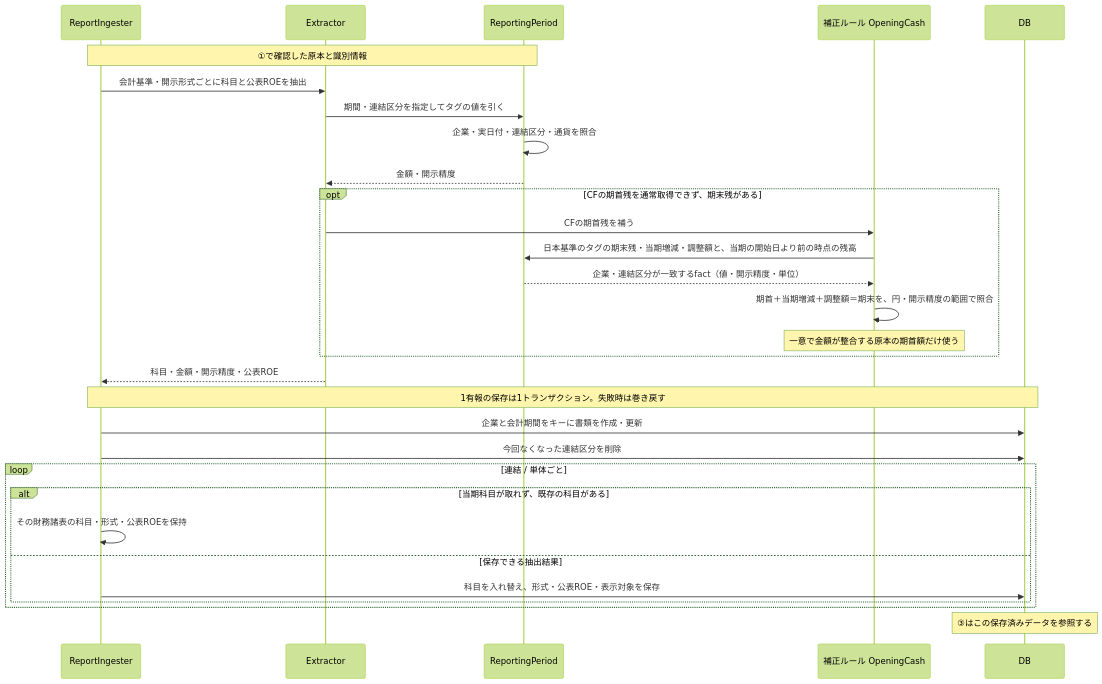
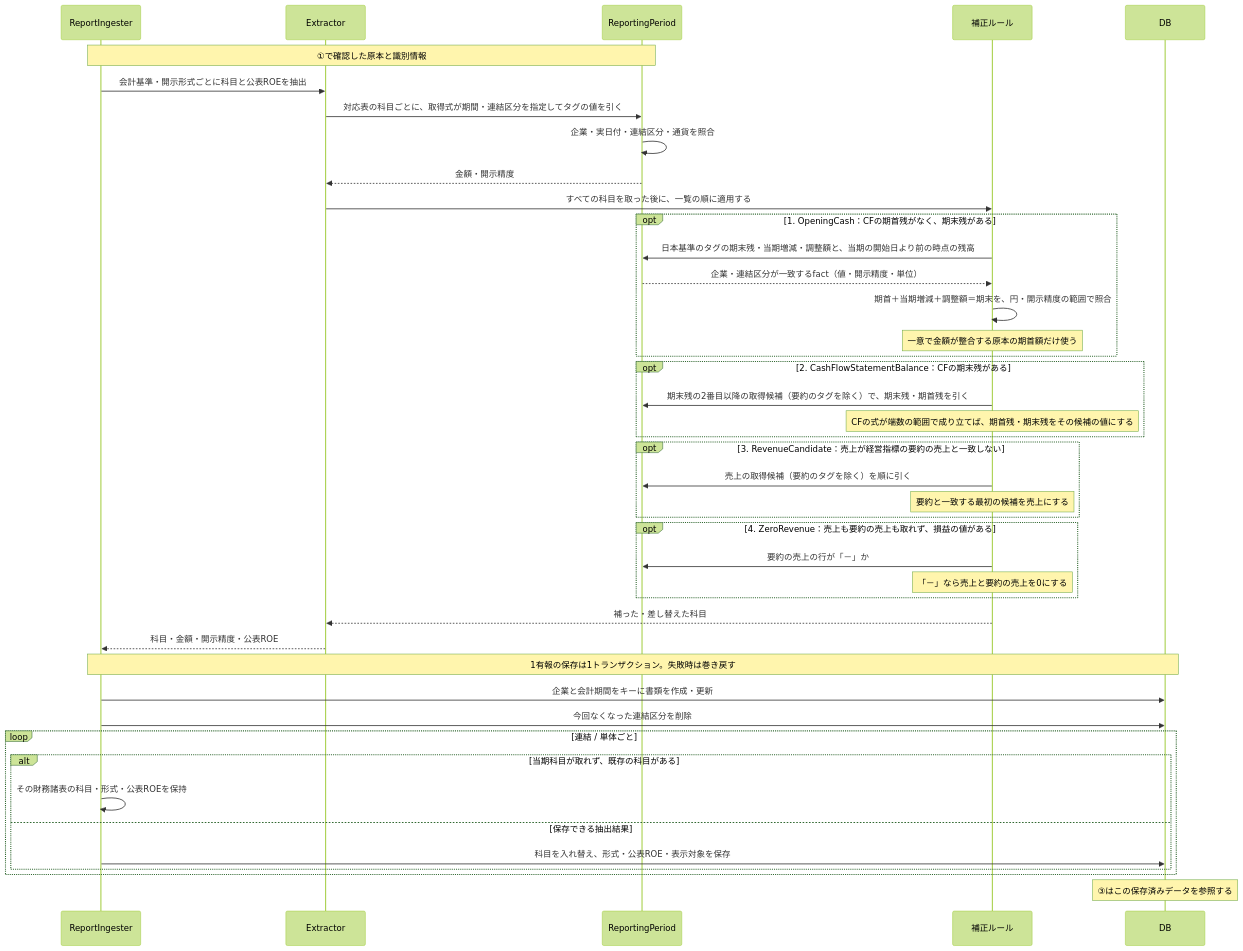
The third of 10 diagrams in docs/guide/03_data_flow.md (shin4488/financial-statement), drawn with Mermaid (forest theme) before and after one commit. The commit also changed other lines of this file and 30 other files, not shown here.

````diff
--- a/docs/guide/03_data_flow.md
+++ b/docs/guide/03_data_flow.md
@@ -91,32 +91,45 @@
 ```mermaid
 sequenceDiagram
     participant I as ReportIngester
     participant X as Extractor
     participant P as ReportingPeriod
-    participant A as 補正ルール OpeningCash
+    participant A as 補正ルール
     participant D as DB
     Note over I,P: ①で確認した原本と識別情報
     I->>X: 会計基準・開示形式ごとに科目と公表ROEを抽出
-    X->>P: 期間・連結区分を指定してタグの値を引く
+    X->>P: 対応表の科目ごとに、取得式が期間・連結区分を指定してタグの値を引く
     P->>P: 企業・実日付・連結区分・通貨を照合
     P-->>X: 金額・開示精度
-    opt CFの期首残を通常取得できず、期末残がある
-        X->>A: CFの期首残を補う
+    X->>A: すべての科目を取った後に、一覧の順に適用する
+    opt 1. OpeningCash：CFの期首残がなく、期末残がある
         A->>P: 日本基準のタグの期末残・当期増減・調整額と、当期の開始日より前の時点の残高
         P-->>A: 企業・連結区分が一致するfact（値・開示精度・単位）
         A->>A: 期首＋当期増減＋調整額＝期末を、円・開示精度の範囲で照合
         Note over A: 一意で金額が整合する原本の期首額だけ使う
     end
+    opt 2. CashFlowStatementBalance：CFの期末残がある
+        A->>P: 期末残の2番目以降の取得候補（要約のタグを除く）で、期末残・期首残を引く
+        Note over A: CFの式が端数の範囲で成り立てば、期首残・期末残をその候補の値にする
+    end
+    opt 3. RevenueCandidate：売上が経営指標の要約の売上と一致しない
+        A->>P: 売上の取得候補（要約のタグを除く）を順に引く
+        Note over A: 要約と一致する最初の候補を売上にする
+    end
+    opt 4. ZeroRevenue：売上も要約の売上も取れず、損益の値がある
+        A->>P: 要約の売上の行が「－」か
+        Note over A: 「－」なら売上と要約の売上を0にする
+    end
+    A-->>X: 補った・差し替えた科目
     X-->>I: 科目・金額・開示精度・公表ROE
     Note over I,D: 1有報の保存は1トランザクション。失敗時は巻き戻す
     I->>D: 企業と会計期間をキーに書類を作成・更新
     I->>D: 今回なくなった連結区分を削除
     loop 連結 / 単体ごと
         alt 当期科目が取れず、既存の科目がある
             I->>I: その財務諸表の科目・形式・公表ROEを保持
         else 保存できる抽出結果
             I->>D: 科目を入れ替え、形式・公表ROE・表示対象を保存
         end
     end
     Note over D: ③はこの保存済みデータを参照する
 ```
````
